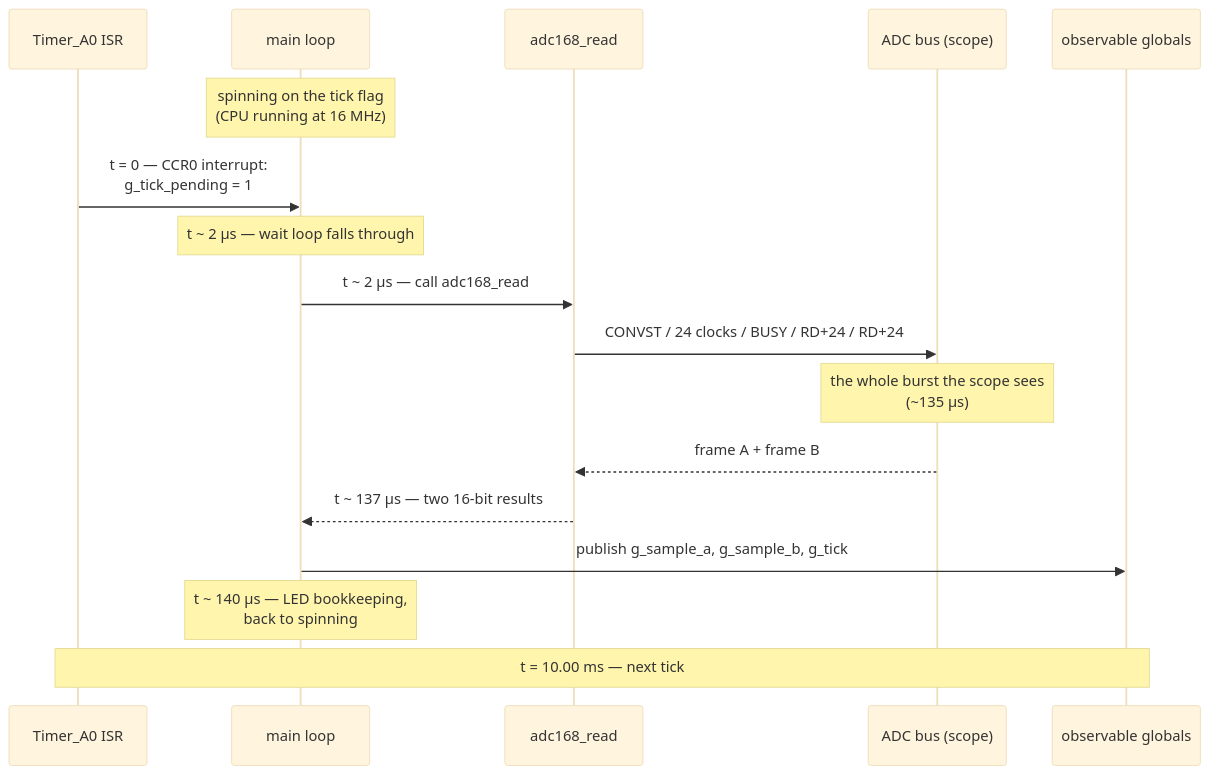
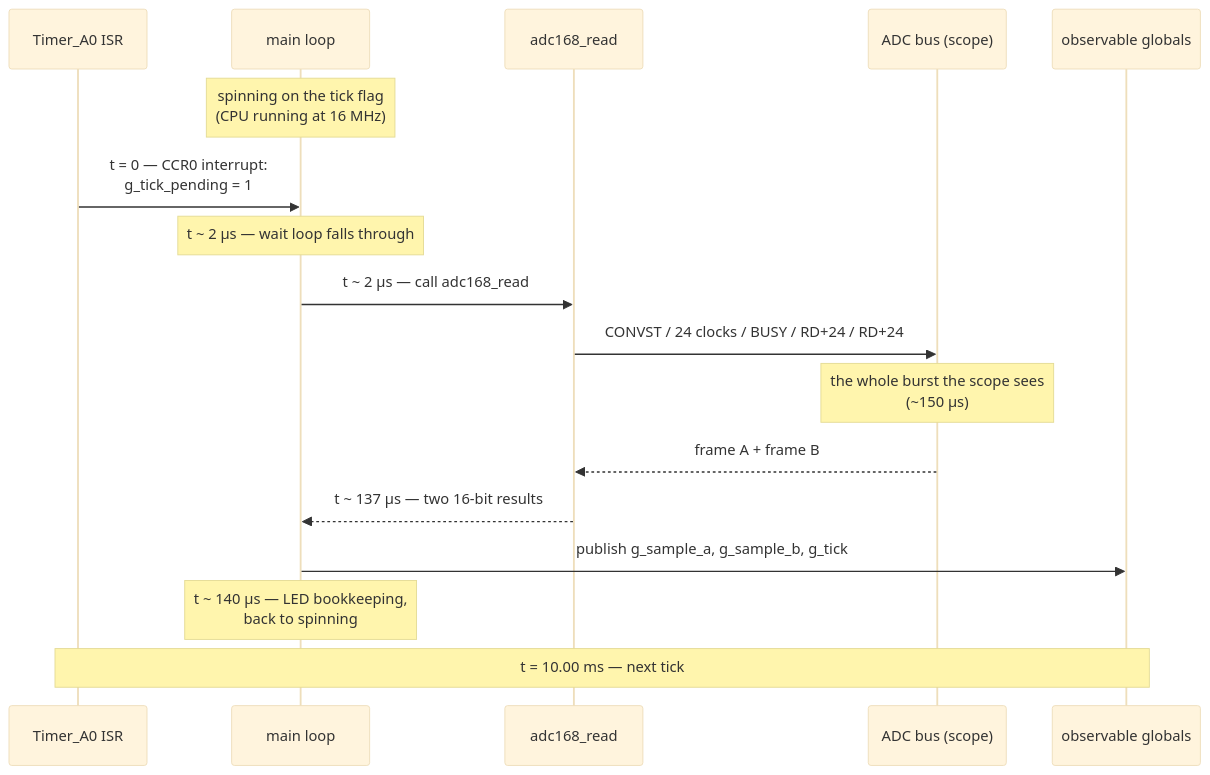
Before and after one commit to S-OConnor/MSP430_TestRepo: diagram 11 of 13 in docs/DESIGN.md, drawn with Mermaid (base theme). The commit also changed other lines of this file and 2 other files, not shown here.

````diff
--- a/docs/DESIGN.md
+++ b/docs/DESIGN.md
@@ -1166,20 +1285,20 @@
 ```mermaid
 sequenceDiagram
     participant T as Timer_A0 ISR
     participant L as main loop
     participant D as adc168_read
     participant B as ADC bus (scope)
     participant G as observable globals
 
     Note over L: spinning on the tick flag<br/>(CPU running at 16 MHz)
     T->>L: t = 0 — CCR0 interrupt:<br/>g_tick_pending = 1
     Note over L: t ~ 2 µs — wait loop falls through
     L->>D: t ~ 2 µs — call adc168_read
     D->>B: CONVST / 24 clocks / BUSY / RD+24 / RD+24
-    Note over B: the whole burst the scope sees<br/>(~135 µs)
+    Note over B: the whole burst the scope sees<br/>(~150 µs)
     B-->>D: frame A + frame B
     D-->>L: t ~ 137 µs — two 16-bit results
     L->>G: publish g_sample_a, g_sample_b, g_tick
     Note over L: t ~ 140 µs — LED bookkeeping,<br/>back to spinning
     Note over T,G: t = 10.00 ms — next tick
 ```
````
